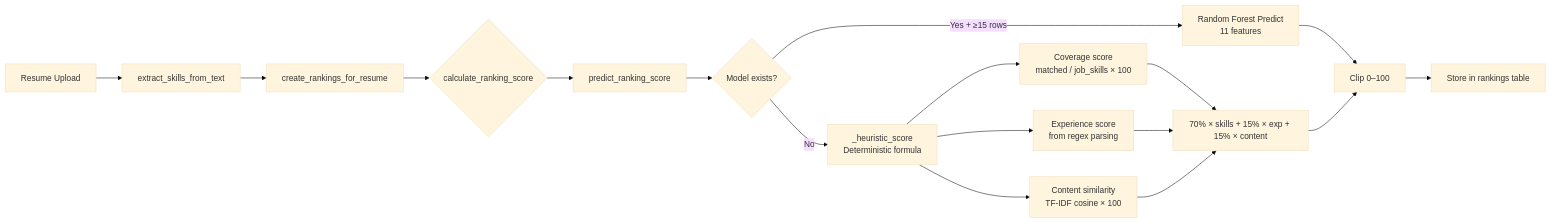
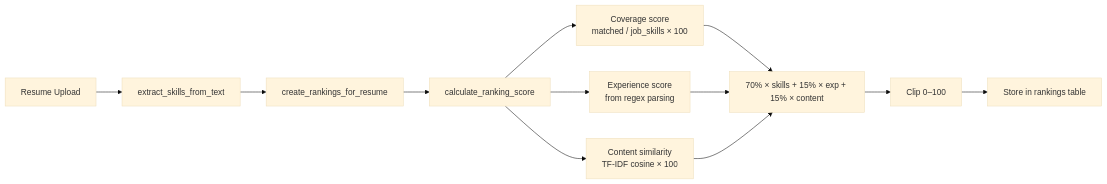
The third of 4 diagrams in README.md (Ankit-49/SipSetu), drawn with Mermaid (base theme) before and after one commit. The commit also changed other lines of this file and 4 other files, not shown here.

First line of the commit message:
chore: remove retired ML ranking model and test scripts

````diff
--- a/README.md
+++ b/README.md
@@ -483,19 +469,14 @@
 ```mermaid
 flowchart LR
     A["Resume Upload"] --> B["extract_skills_from_text"]
     B --> C["create_rankings_for_resume"]
-    C --> D{"calculate_ranking_score"}
-    D --> E["predict_ranking_score"]
-    E --> F{"Model exists?"}
-    F -->|"Yes + ≥15 rows"| G["Random Forest Predict<br/>11 features"]
-    F -->|"No"| H["_heuristic_score<br/>Deterministic formula"]
-    H --> I["Coverage score<br/>matched / job_skills × 100"]
-    H --> J["Experience score<br/>from regex parsing"]
-    H --> K["Content similarity<br/>TF-IDF cosine × 100"]
-    I --> L["70% × skills + 15% × exp + 15% × content"]
+    C --> D["calculate_ranking_score"]
+    D --> H["Coverage score<br/>matched / job_skills × 100"]
+    D --> J["Experience score<br/>from regex parsing"]
+    D --> K["Content similarity<br/>TF-IDF cosine × 100"]
+    H --> L["70% × skills + 15% × exp + 15% × content"]
     J --> L
     K --> L
-    G --> M["Clip 0–100"]
-    L --> M
+    L --> M["Clip 0–100"]
     M --> N["Store in rankings table"]
 ```
````
